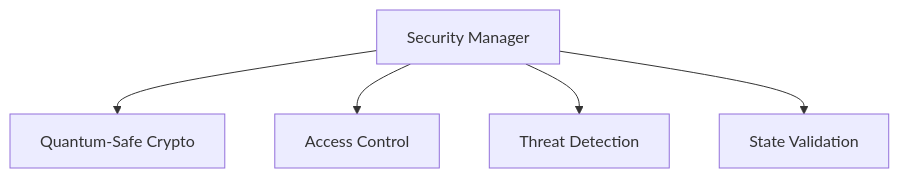
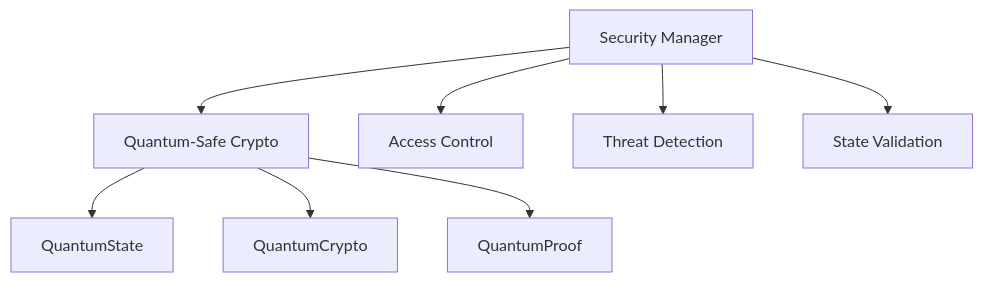
One commit to theaxiomverse/quids-evm-cpp changed the sixth of 6 diagrams in TECHNICAL_SPEC.md. Above: the diagram before and after it, drawn with Mermaid. The commit also changed other lines of this file and 123 other files, not shown here.

````diff
--- a/TECHNICAL_SPEC.md
+++ b/TECHNICAL_SPEC.md
@@ -333,7 +333,10 @@
 ```mermaid
 graph TD
     A[Security Manager] --> B[Quantum-Safe Crypto]
+    B --> B1[QuantumState]
+    B --> B2[QuantumCrypto]
+    B --> B3[QuantumProof]
     A --> C[Access Control]
     A --> D[Threat Detection]
     A --> E[State Validation]
 ```
````
